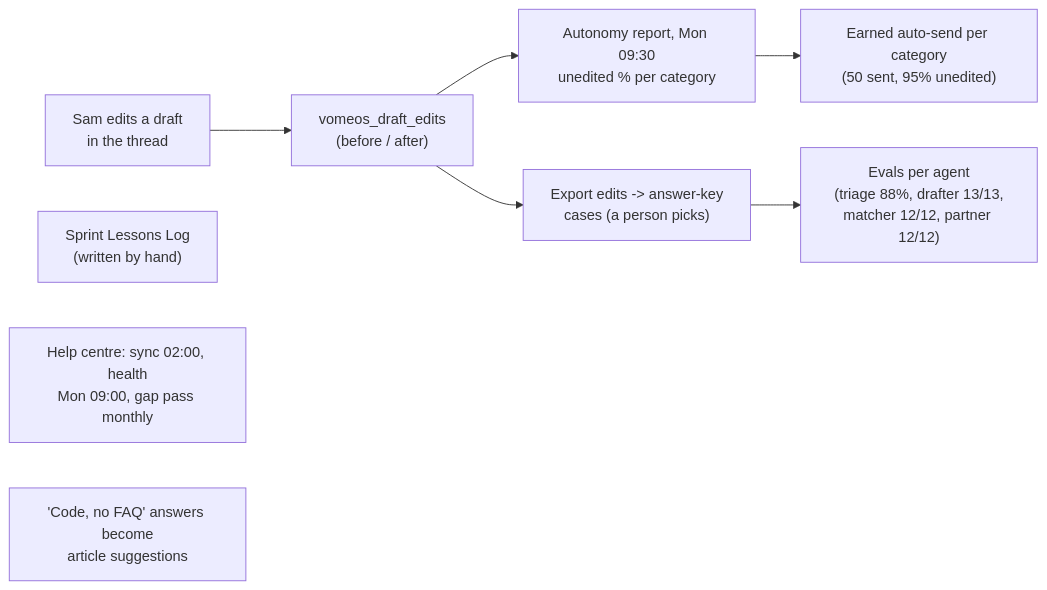
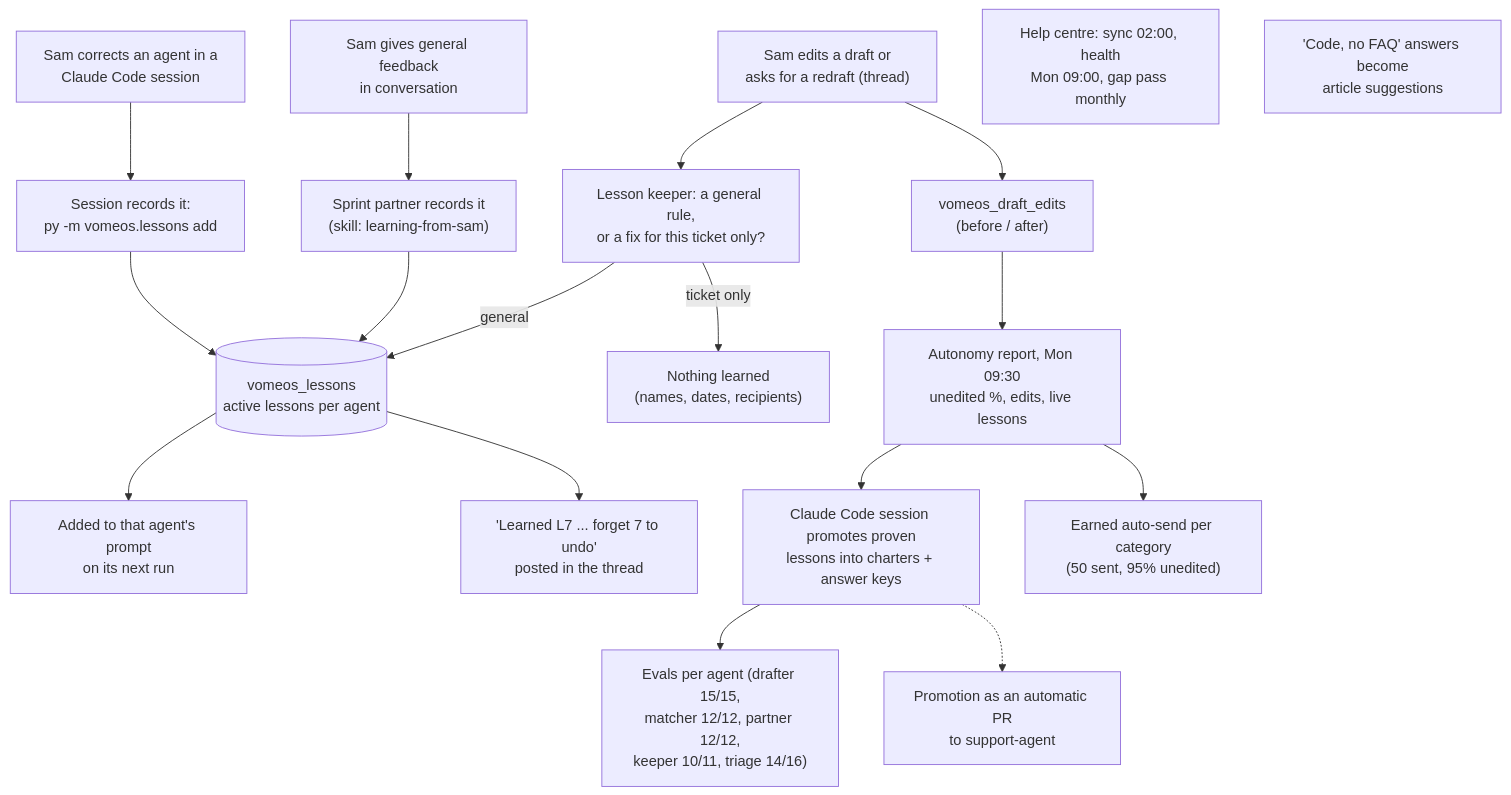
The sixth of 6 diagrams in WORKFLOWS.md (vomeadmin/vome-os), drawn with Mermaid before and after one commit. The commit also changed other lines of this file and 16 other files, not shown here.

````diff
--- a/WORKFLOWS.md
+++ b/WORKFLOWS.md
@@ -121,11 +121,20 @@
 ```mermaid
-flowchart LR
-  ED["Sam edits a draft<br/>in the thread"]:::built --> LOG["vomeos_draft_edits<br/>(before / after)"]:::built
-  LOG --> AR["Autonomy report, Mon 09:30<br/>unedited % per category"]:::built
-  LOG --> EX["Export edits -> answer-key<br/>cases (a person picks)"]:::built
-  EX --> EV["Evals per agent<br/>(triage 88%, drafter 13/13,<br/>matcher 12/12, partner 12/12)"]:::live
+flowchart TD
+  ED["Sam edits a draft or<br/>asks for a redraft (thread)"]:::built --> LK["Lesson keeper: a general rule,<br/>or a fix for this ticket only?"]:::built
+  FB["Sam gives general feedback<br/>in conversation"]:::built --> PL["Sprint partner records it<br/>(skill: learning-from-sam)"]:::built
+  CC["Sam corrects an agent in a<br/>Claude Code session"]:::built --> CLI["Session records it:<br/>py -m vomeos.lessons add"]:::built
+  LK -->|general| LS[("vomeos_lessons<br/>active lessons per agent")]:::built
+  PL --> LS
+  CLI --> LS
+  LK -->|ticket only| NONE["Nothing learned<br/>(names, dates, recipients)"]:::built
+  LS --> PROMPT["Added to that agent's prompt<br/>on its next run"]:::built
+  LS --> ANN["'Learned L7 ... forget 7 to undo'<br/>posted in the thread"]:::built
+  ED --> LOG["vomeos_draft_edits<br/>(before / after)"]:::built
+  LOG --> AR["Autonomy report, Mon 09:30<br/>unedited %, edits, live lessons"]:::built
+  AR --> PRO["Claude Code session promotes proven<br/>lessons into charters + answer keys"]:::built
+  PRO --> EV["Evals per agent (drafter 15/15,<br/>matcher 12/12, partner 12/12,<br/>keeper 10/11, triage 14/16)"]:::live
+  PRO -.-> AUTOPR["Promotion as an automatic PR<br/>to support-agent"]:::proposed
   AR --> AUTO["Earned auto-send per category<br/>(50 sent, 95% unedited)"]:::proposed
-  LESS["Sprint Lessons Log<br/>(written by hand)"]:::proposed
   KB["Help centre: sync 02:00, health<br/>Mon 09:00, gap pass monthly"]:::live
   NOFAQ["'Code, no FAQ' answers become<br/>article suggestions"]:::proposed
 ```
````
